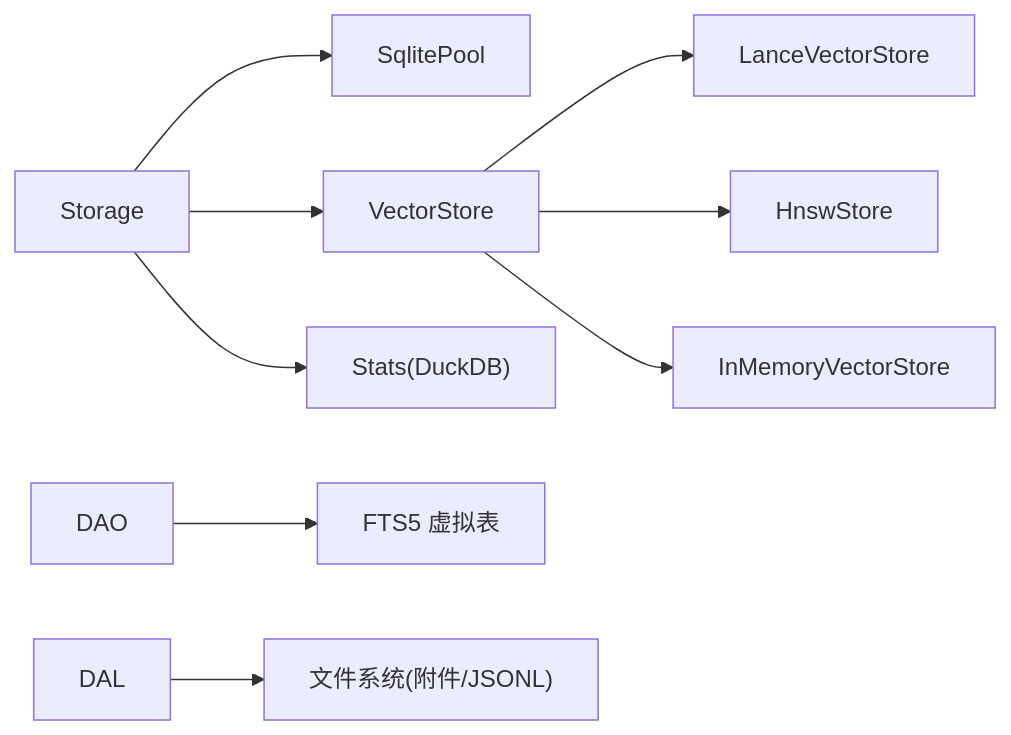
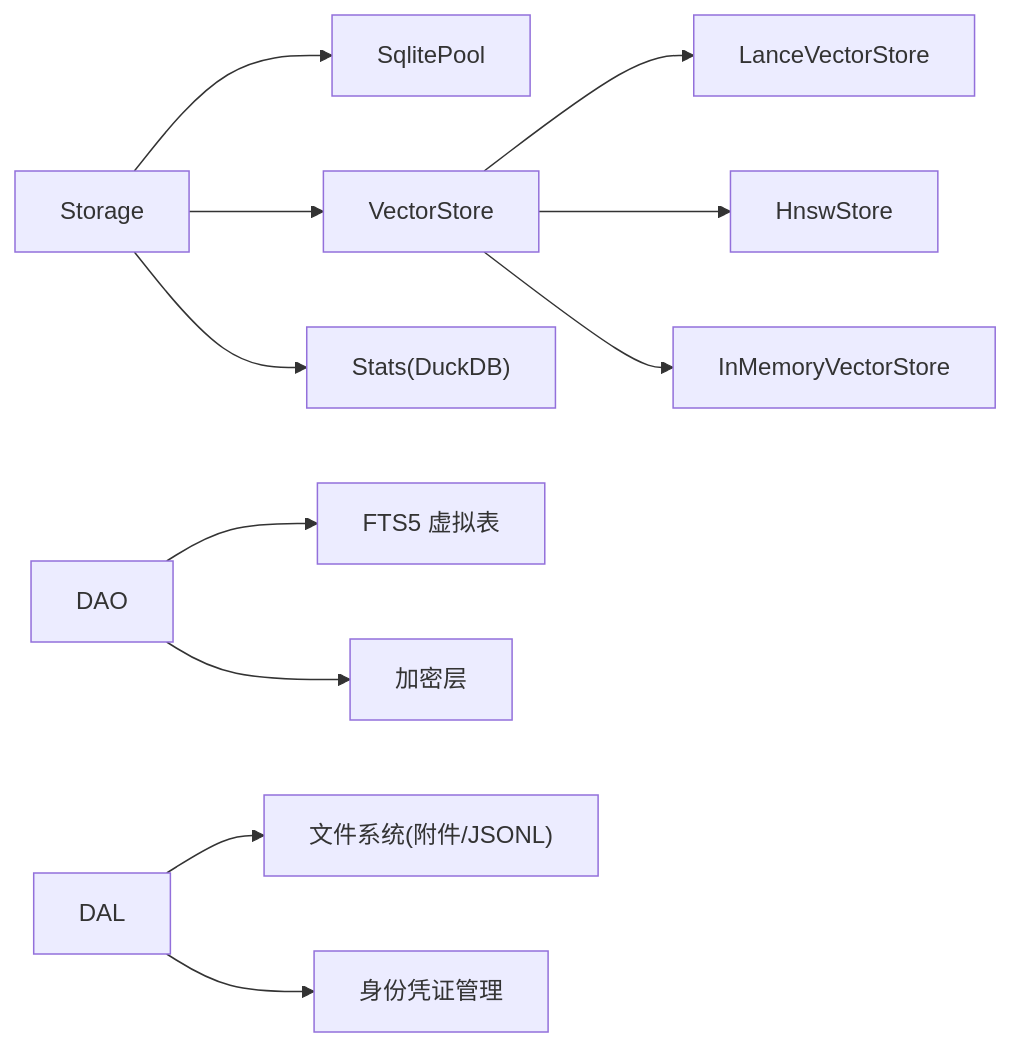
One commit to runningcoders/ai_orz changed the ninth of 9 diagrams in .qoder/repowiki/zh/content/架构设计/数据存储架构.md. Above: the diagram before and after it, drawn with Mermaid. The commit also changed other lines of this file and 9 other files, not shown here.

````diff
--- a/.qoder/repowiki/zh/content/架构设计/数据存储架构.md
+++ b/.qoder/repowiki/zh/content/架构设计/数据存储架构.md
@@ -487,11 +573,13 @@
 ```mermaid
 graph LR
 Storage["Storage"] --> Sqlite["SqlitePool"]
 Storage --> Vector["VectorStore"]
 Vector --> Lance["LanceVectorStore"]
 Vector --> HNSW["HnswStore"]
 Vector --> Mem["InMemoryVectorStore"]
 Storage --> Stats["Stats(DuckDB)"]
 DAO["DAO"] --> FTS["FTS5 虚拟表"]
+DAO --> Crypto["加密层"]
 DAL["DAL"] --> FileSys["文件系统(附件/JSONL)"]
+DAL --> IdentityCreds["身份凭证管理"]
 ```
````
